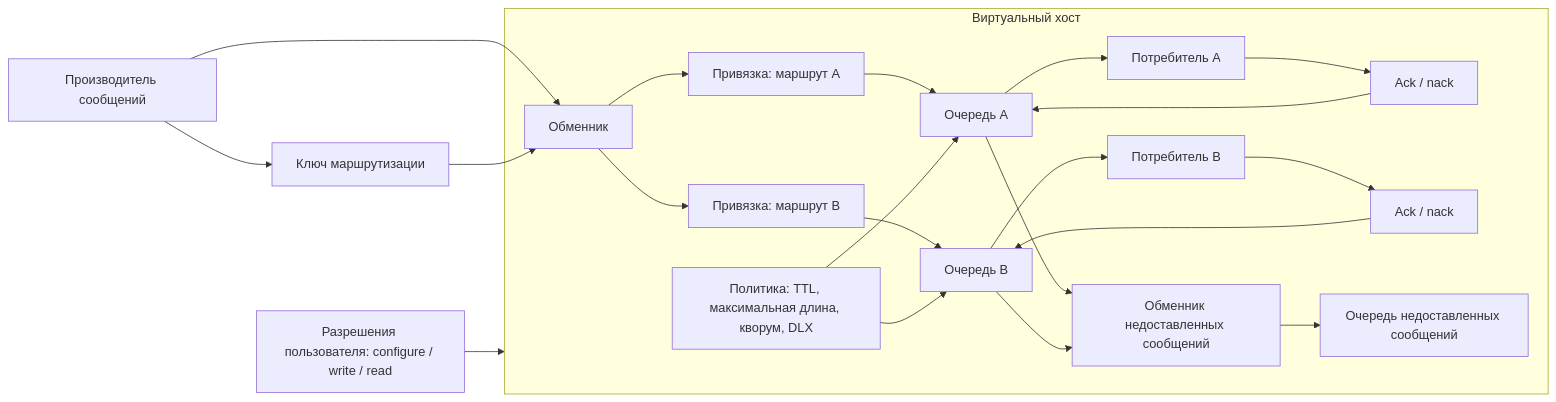
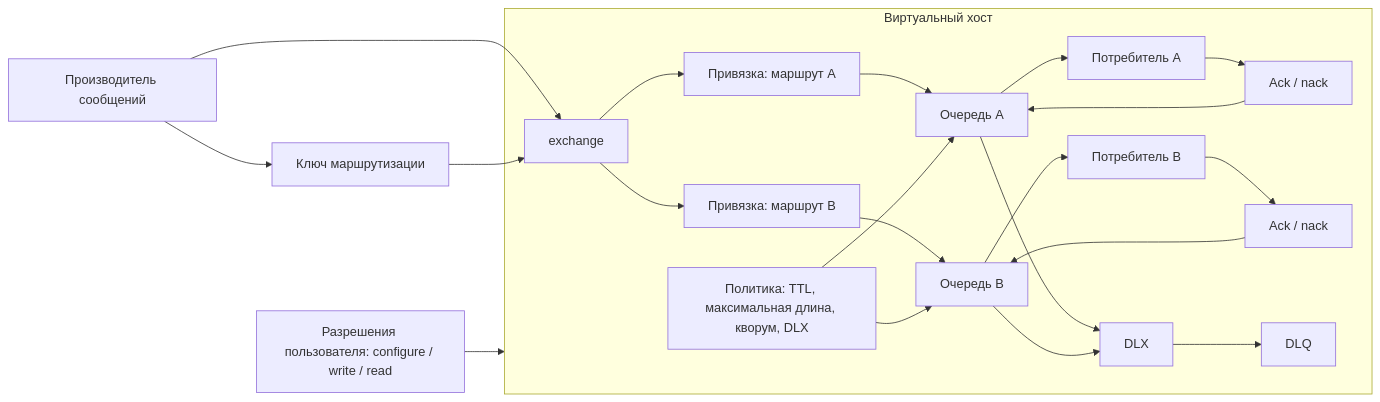
One commit to defrixx/defrixx.github.io changed diagram 17 of 17 in reference/infrastructure-technologies/infrastructure-technologies.ru.md. Above: the diagram before and after it, drawn with Mermaid. The commit also changed other lines of this file and 201 other files, not shown here.

````diff
--- a/reference/infrastructure-technologies/infrastructure-technologies.ru.md
+++ b/reference/infrastructure-technologies/infrastructure-technologies.ru.md
@@ -1424,26 +1426,26 @@
 ```mermaid
 flowchart LR
-  Producer["Производитель сообщений"] --> Exchange["Обменник"]
+  Producer["Производитель сообщений"] --> Exchange["exchange"]
   Producer --> RoutingKey["Ключ маршрутизации"]
   RoutingKey --> Exchange
 
   subgraph VHost["Виртуальный хост"]
     Exchange --> BindingA["Привязка: маршрут A"]
     Exchange --> BindingB["Привязка: маршрут B"]
     BindingA --> QueueA["Очередь A"]
     BindingB --> QueueB["Очередь B"]
     QueueA --> ConsumerA["Потребитель A"]
     QueueB --> ConsumerB["Потребитель B"]
     ConsumerA --> AckA["Ack / nack"]
     ConsumerB --> AckB["Ack / nack"]
-    QueueA --> DLX["Обменник недоставленных сообщений"]
+    QueueA --> DLX["DLX"]
     QueueB --> DLX
-    DLX --> DLQ["Очередь недоставленных сообщений"]
+    DLX --> DLQ["DLQ"]
     Policy["Политика: TTL, максимальная длина, кворум, DLX"] --> QueueA
     Policy --> QueueB
   end
 
   Permissions["Разрешения пользователя: configure / write / read"] --> VHost
   AckA --> QueueA
   AckB --> QueueB
 ```
````
